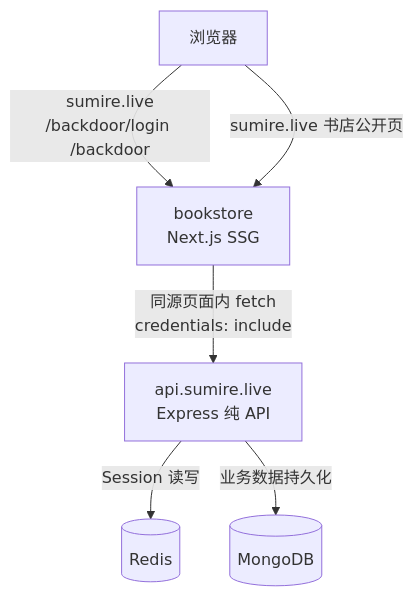
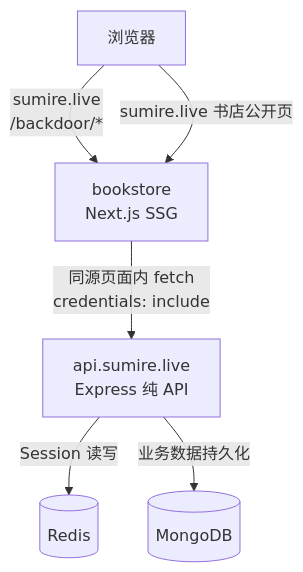
Before and after one commit to Deliay/sumire: the first of 2 diagrams in docs/engineering/proposals/2026-08-12-backdoor-auth-proposal.md, drawn with Mermaid. The commit also changed other lines of this file and 2 other files, not shown here.

````diff
--- a/docs/engineering/proposals/2026-08-12-backdoor-auth-proposal.md
+++ b/docs/engineering/proposals/2026-08-12-backdoor-auth-proposal.md
@@ -47,8 +49,8 @@
 ```mermaid
 graph TD
-    U[浏览器] -->|sumire.live<br>/backdoor/login /backdoor| B[bookstore<br>Next.js SSG]
+    U[浏览器] -->|sumire.live<br>/backdoor/*| B[bookstore<br>Next.js SSG]
     U -->|sumire.live 书店公开页| B
     B -->|同源页面内 fetch<br>credentials: include| A[api.sumire.live<br>Express 纯 API]
     A -->|Session 读写| C[(Redis)]
     A -->|业务数据持久化| M[(MongoDB)]
 ```
````
